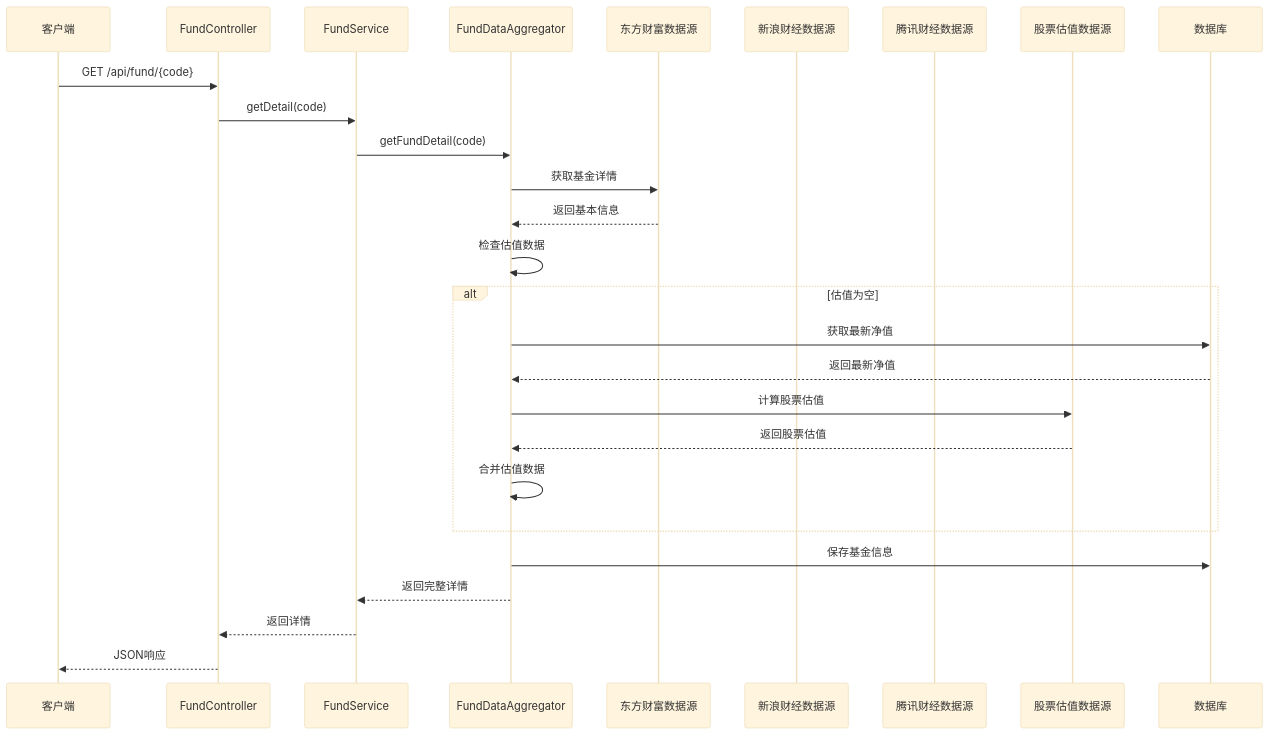
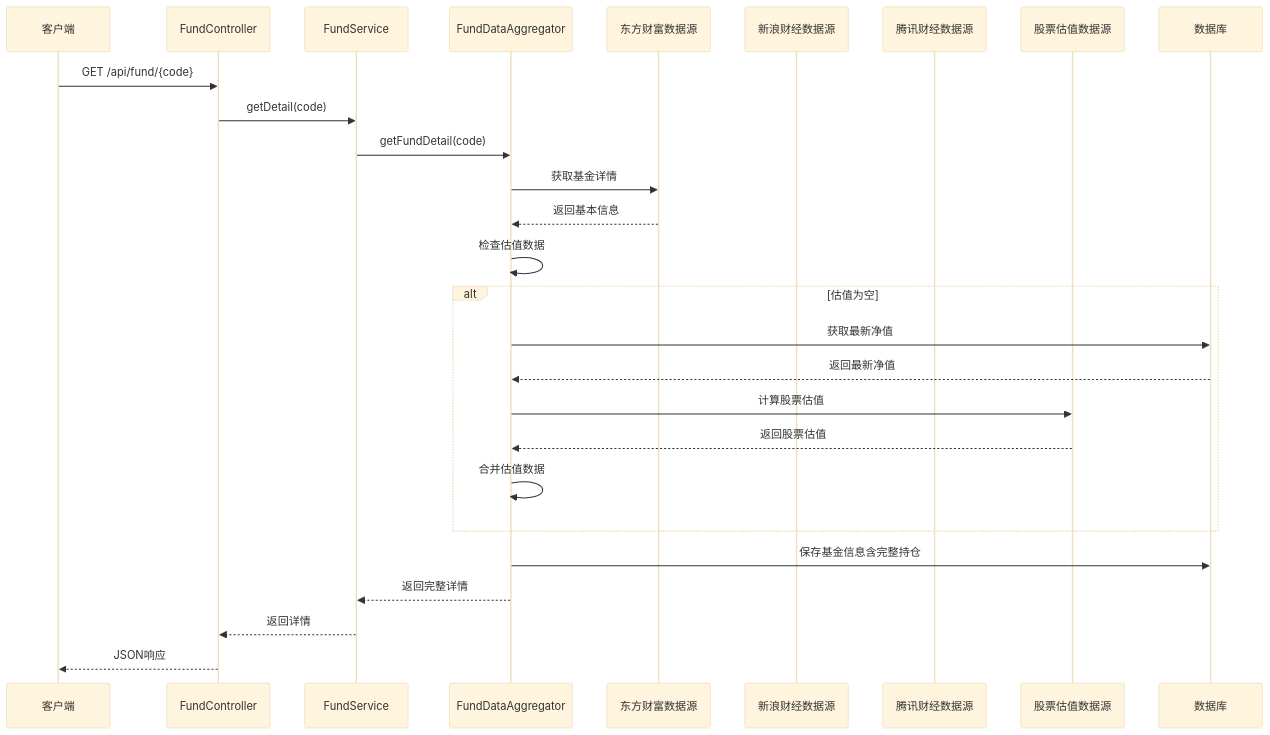
Before and after one commit to gree-coder/fund-butler: the tenth of 16 diagrams in .qoder/repowiki/zh/content/核心功能开发/多源基金估值系统.md, drawn with Mermaid (base theme). The commit also changed other lines of this file and 28 other files, not shown here.

````diff
--- a/.qoder/repowiki/zh/content/核心功能开发/多源基金估值系统.md
+++ b/.qoder/repowiki/zh/content/核心功能开发/多源基金估值系统.md
@@ -420,29 +457,29 @@
 ```mermaid
 sequenceDiagram
 participant Client as 客户端
 participant Controller as FundController
 participant Service as FundService
 participant Aggregator as FundDataAggregator
 participant EM as 东方财富数据源
 participant Sina as 新浪财经数据源
 participant Tencent as 腾讯财经数据源
 participant Stock as 股票估值数据源
 participant DB as 数据库
 Client->>Controller : GET /api/fund/{code}
 Controller->>Service : getDetail(code)
 Service->>Aggregator : getFundDetail(code)
 Aggregator->>EM : 获取基金详情
 EM-->>Aggregator : 返回基本信息
 Aggregator->>Aggregator : 检查估值数据
 alt 估值为空
 Aggregator->>DB : 获取最新净值
 DB-->>Aggregator : 返回最新净值
 Aggregator->>Stock : 计算股票估值
 Stock-->>Aggregator : 返回股票估值
 Aggregator->>Aggregator : 合并估值数据
 end
-Aggregator->>DB : 保存基金信息
+Aggregator->>DB : 保存基金信息含完整持仓
 Aggregator-->>Service : 返回完整详情
 Service-->>Controller : 返回详情
 Controller-->>Client : JSON响应
 ```
````
